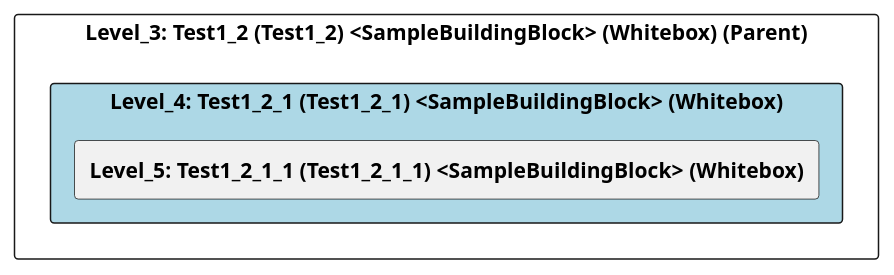
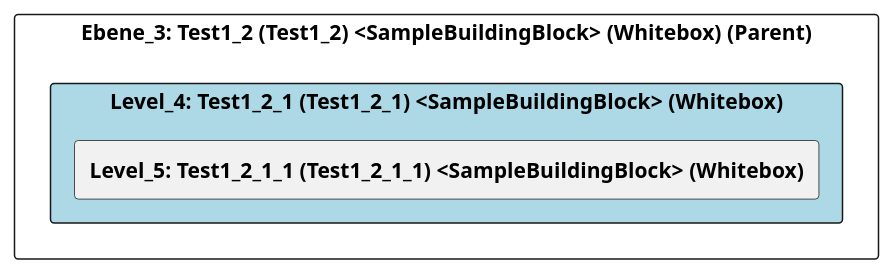
Before and after one commit to marcozwyssig/cleon: the diagram in src/cleon.architecturemethods.arc42.sample/doc/cleon_architecturemethods_arc42_sample_arc42/adoc/en/05_building_block_view/chess/test1/test1_2/test1_2_1/level_4_test1_2_1.adoc, drawn with PlantUML. The commit also changed other lines of this file and 620 other files, not shown here.

```diff
--- a/src/cleon.architecturemethods.arc42.sample/doc/cleon_architecturemethods_arc42_sample_arc42/adoc/en/05_building_block_view/chess/test1/test1_2/test1_2_1/level_4_test1_2_1.adoc
+++ b/src/cleon.architecturemethods.arc42.sample/doc/cleon_architecturemethods_arc42_sample_arc42/adoc/en/05_building_block_view/chess/test1/test1_2/test1_2_1/level_4_test1_2_1.adoc
@@ -20,26 +20,26 @@
 [plantuml, Level_4: Test1_2_1 (Test1_2_1) <SampleBuildingBlock> (Whitebox)BlockOverview, format="svg"]
 ----
 @startuml Level_4: Test1_2_1 (Test1_2_1) <SampleBuildingBlock> (Whitebox)BuildingBlockOverview
 
 skinparam ranksep 10
 skinparam componentStyle rectangle
 skinparam shadowing false
 skinparam arrowColor lightblue
 skinparam arrowThickness 1.2
 skinparam rectangle {
   BackgroundColor White
   BorderColor #333
   RoundCorner 10
 }
 top to bottom direction
 
-component "Level_3: Test1_2 (Test1_2) <SampleBuildingBlock> (Whitebox) (Parent)" {
+component "Ebene_3: Test1_2 (Test1_2) <SampleBuildingBlock> (Whitebox) (Parent)" {
     component "Level_4: Test1_2_1 (Test1_2_1) <SampleBuildingBlock> (Whitebox)" #lightblue {
         [**Level_5: Test1_2_1_1 (Test1_2_1_1) <SampleBuildingBlock> (Whitebox)**] as 7F52B647_D579_11EE_903E_9F564E4DE07E
     }
 
     
 }
 
 @enduml
 ----
```
